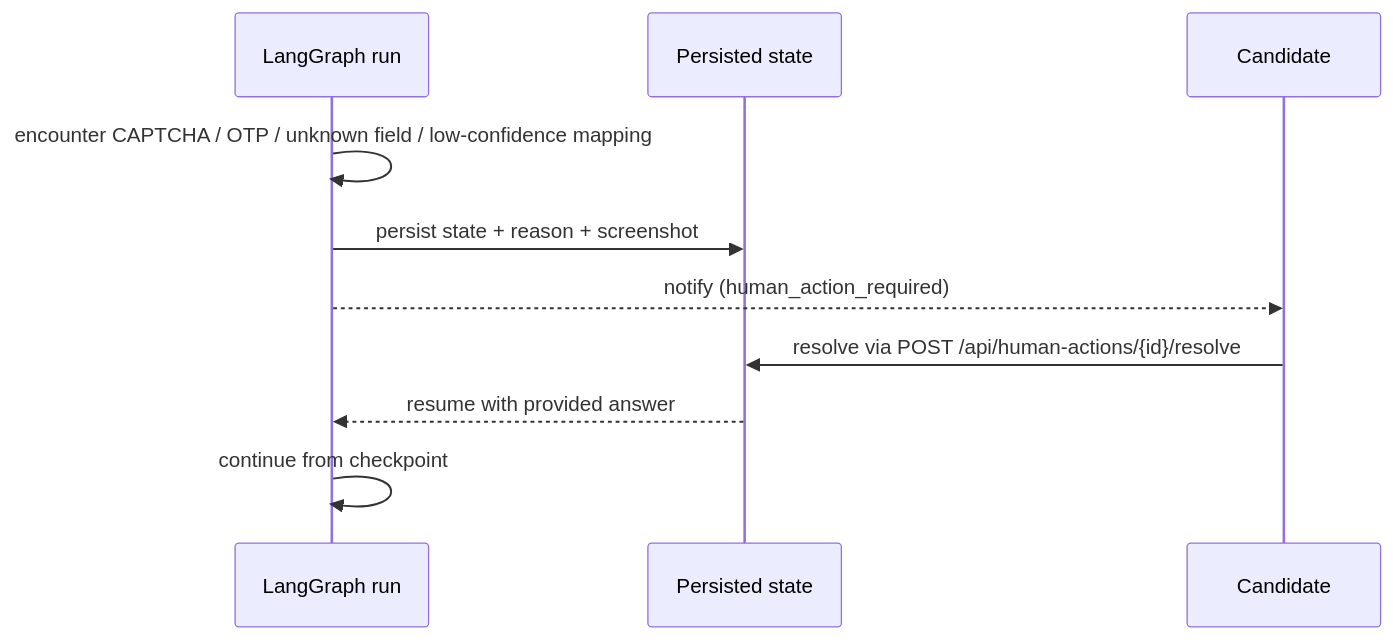
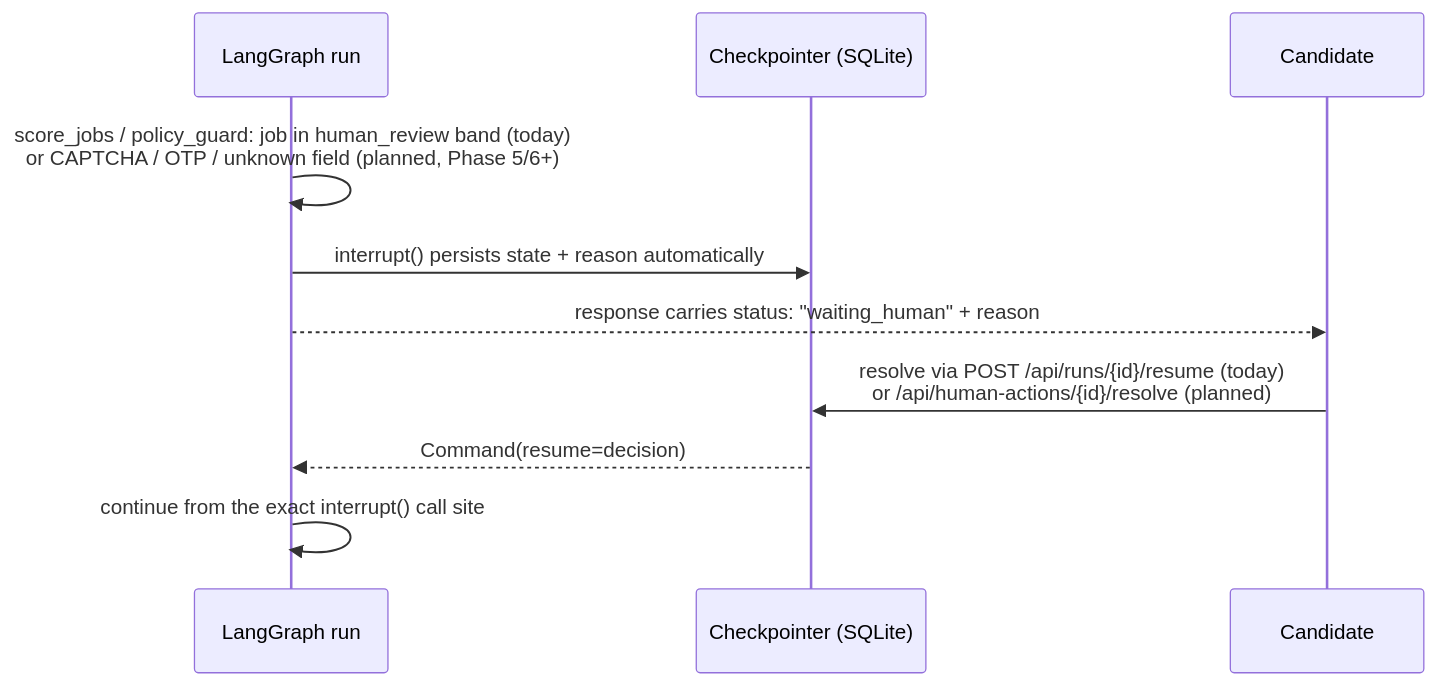
Before and after one commit to TravelXML/Langchain: the ninth of 11 diagrams in ARCHITECTURE.md, drawn with Mermaid. The commit also changed other lines of this file and 16 other files, not shown here.

````diff
--- a/ARCHITECTURE.md
+++ b/ARCHITECTURE.md
@@ -231,12 +289,12 @@
 ```mermaid
 sequenceDiagram
     participant Graph as LangGraph run
-    participant State as Persisted state
+    participant State as Checkpointer (SQLite)
     participant User as Candidate
-    Graph->>Graph: encounter CAPTCHA / OTP / unknown field / low-confidence mapping
-    Graph->>State: persist state + reason + screenshot
-    Graph-->>User: notify (human_action_required)
-    User->>State: resolve via POST /api/human-actions/{id}/resolve
-    State-->>Graph: resume with provided answer
-    Graph->>Graph: continue from checkpoint
+    Graph->>Graph: score_jobs / policy_guard: job in human_review band (today)<br/>or CAPTCHA / OTP / unknown field (planned, Phase 5/6+)
+    Graph->>State: interrupt() persists state + reason automatically
+    Graph-->>User: response carries status: "waiting_human" + reason
+    User->>State: resolve via POST /api/runs/{id}/resume (today)<br/>or /api/human-actions/{id}/resolve (planned)
+    State-->>Graph: Command(resume=decision)
+    Graph->>Graph: continue from the exact interrupt() call site
 ```
````
